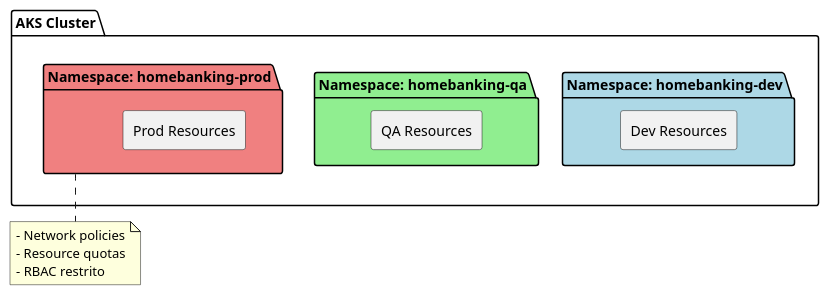
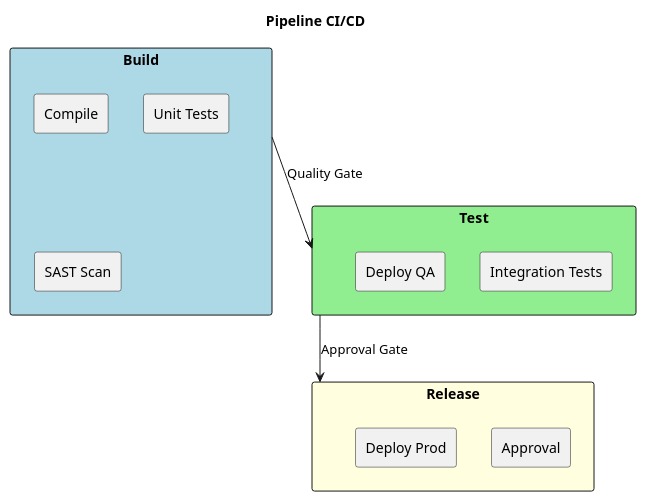
Before and after one commit to beduardo/novobanco_website_doc: the second of 3 diagrams in current/sections/SEC-10-arquitetura-operacional.md, drawn with PlantUML. The commit also changed other lines of this file and 7 other files, not shown here.

````diff
--- a/current/sections/SEC-10-arquitetura-operacional.md
+++ b/current/sections/SEC-10-arquitetura-operacional.md
@@ -152,26 +101,27 @@
 ```plantuml
 @startuml
-skinparam componentStyle rectangle
+skinparam backgroundColor white
 
-package "AKS Cluster" {
-  package "Namespace: homebanking-dev" #LightBlue {
-    [Dev Resources]
-  }
+title Pipeline CI/CD
 
-  package "Namespace: homebanking-qa" #LightGreen {
-    [QA Resources]
-  }
-
-  package "Namespace: homebanking-prod" #LightCoral {
-    [Prod Resources]
-  }
+rectangle "Build" as B #LightBlue {
+  rectangle "Compile"
+  rectangle "Unit Tests"
+  rectangle "SAST Scan"
 }
 
-note bottom of "Namespace: homebanking-prod"
-  - Network policies
-  - Resource quotas
-  - RBAC restrito
-end note
+rectangle "Test" as T #LightGreen {
+  rectangle "Integration Tests"
+  rectangle "Deploy QA"
+}
+
+rectangle "Release" as R #LightYellow {
+  rectangle "Approval"
+  rectangle "Deploy Prod"
+}
+
+B --> T : Quality Gate
+T --> R : Approval Gate
 
 @enduml
 ```
````
